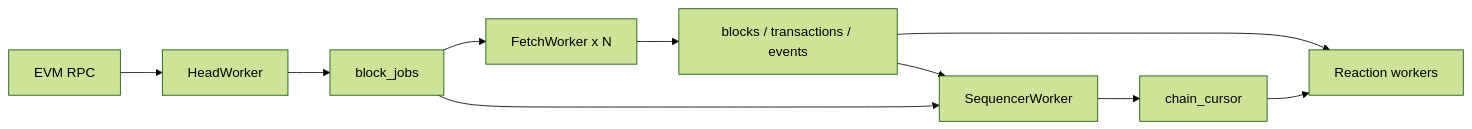
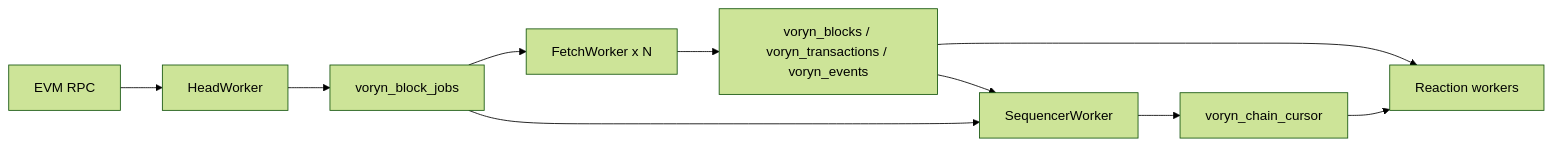
One commit to drillcoder/voryn changed the diagram in README.md. Above: the diagram before and after it, drawn with Mermaid (forest theme). The commit also changed other lines of this file and 42 other files, not shown here.

````diff
--- a/README.md
+++ b/README.md
@@ -45,12 +45,12 @@
 ```mermaid
 flowchart LR
     RPC["EVM RPC"] --> Head["HeadWorker"]
-    Head --> Jobs["block_jobs"]
+    Head --> Jobs["voryn_block_jobs"]
     Jobs --> Fetch["FetchWorker x N"]
-    Fetch --> Data["blocks / transactions / events"]
+    Fetch --> Data["voryn_blocks / voryn_transactions / voryn_events"]
     Data --> Sequencer["SequencerWorker"]
     Jobs --> Sequencer
-    Sequencer --> Cursor["chain_cursor"]
+    Sequencer --> Cursor["voryn_chain_cursor"]
     Data --> Reactions["Reaction workers"]
     Cursor --> Reactions
 ```
````
